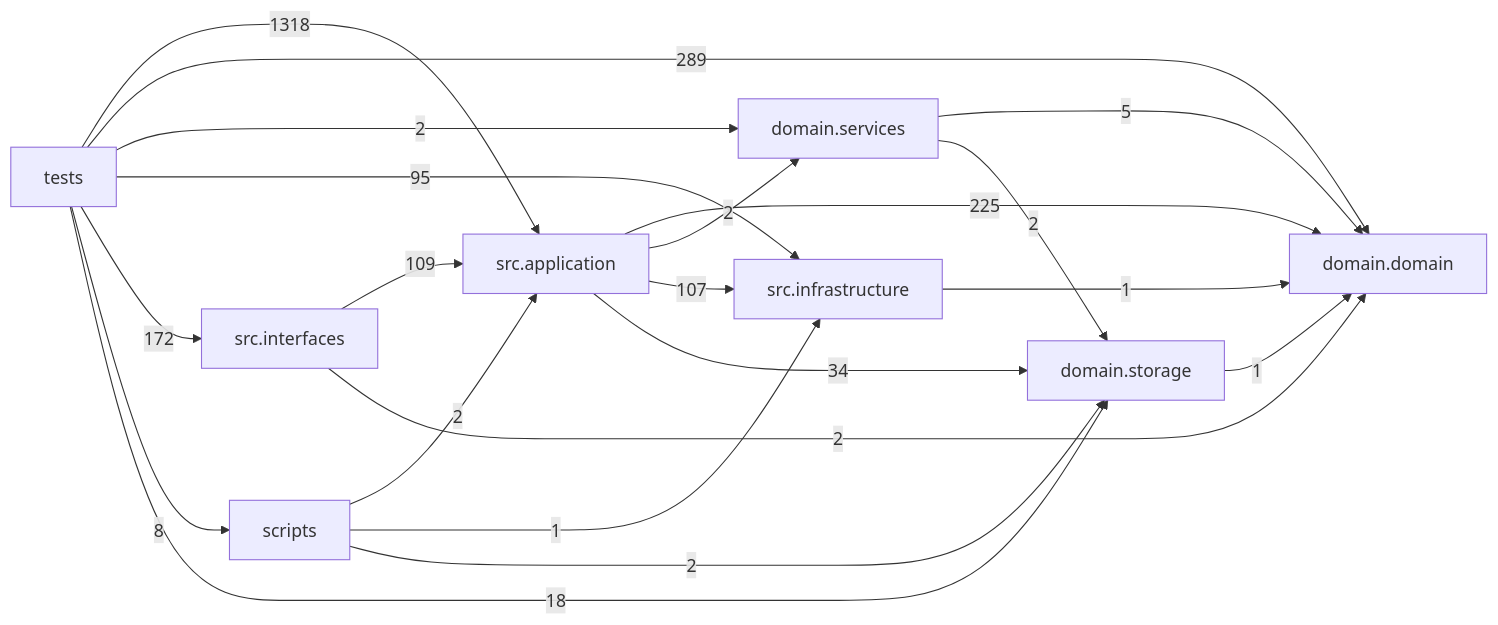
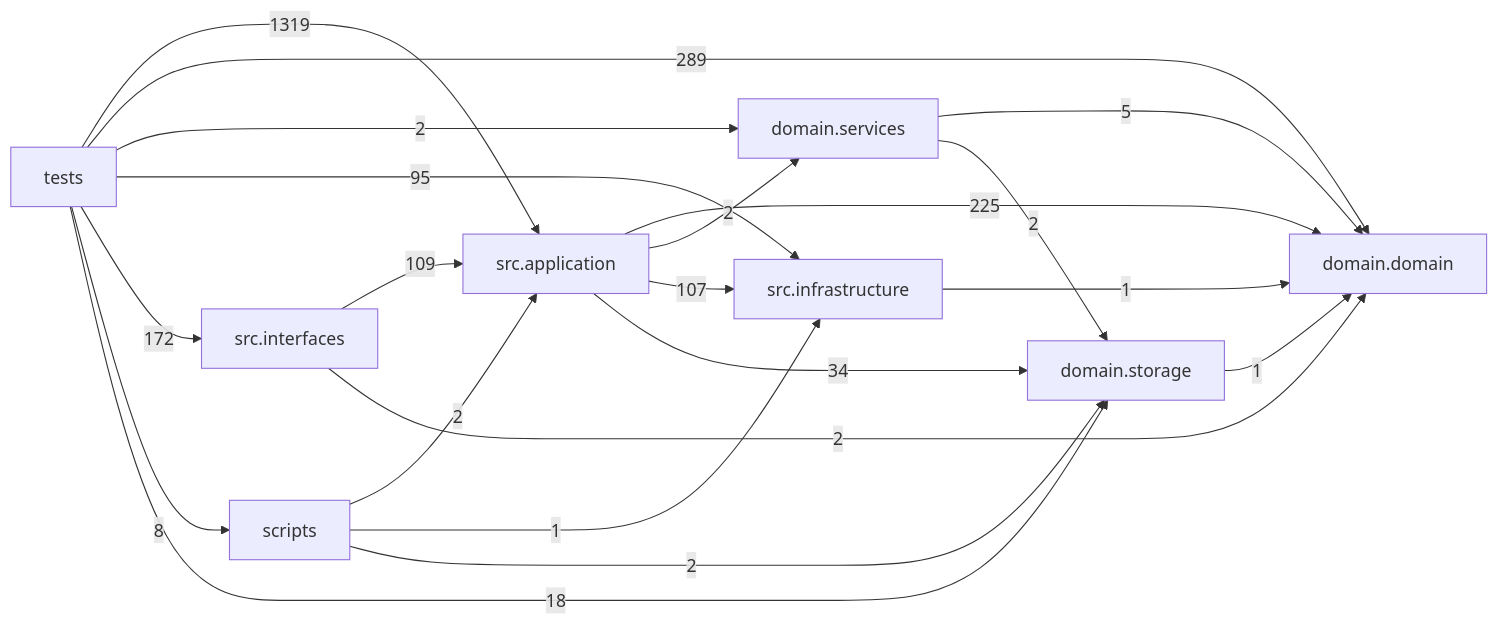
One commit to liuxie066/options-monitor changed the diagram in docs/DEPENDENCY_GRAPH.md. Above: the diagram before and after it, drawn with Mermaid. The commit also changed other lines of this file, not shown here.

Commit message:
chore: refresh dependency graph for 1.2.302

````diff
--- a/docs/DEPENDENCY_GRAPH.md
+++ b/docs/DEPENDENCY_GRAPH.md
@@ -24,31 +24,31 @@
 ```mermaid
 flowchart LR
   tests["tests"]
   scripts["scripts"]
   interfaces["src.interfaces"]
   application["src.application"]
   infrastructure["src.infrastructure"]
   domain_services["domain.services"]
   domain["domain.domain"]
   storage["domain.storage"]
   application -->|225| domain
   application -->|2| domain_services
   application -->|107| infrastructure
   application -->|34| storage
   domain_services -->|5| domain
   domain_services -->|2| storage
   infrastructure -->|1| domain
   interfaces -->|109| application
   interfaces -->|2| domain
   scripts -->|2| application
   scripts -->|1| infrastructure
   scripts -->|2| storage
   storage -->|1| domain
-  tests -->|1318| application
+  tests -->|1319| application
   tests -->|289| domain
   tests -->|2| domain_services
   tests -->|95| infrastructure
   tests -->|172| interfaces
   tests -->|8| scripts
   tests -->|18| storage
 ```
````
